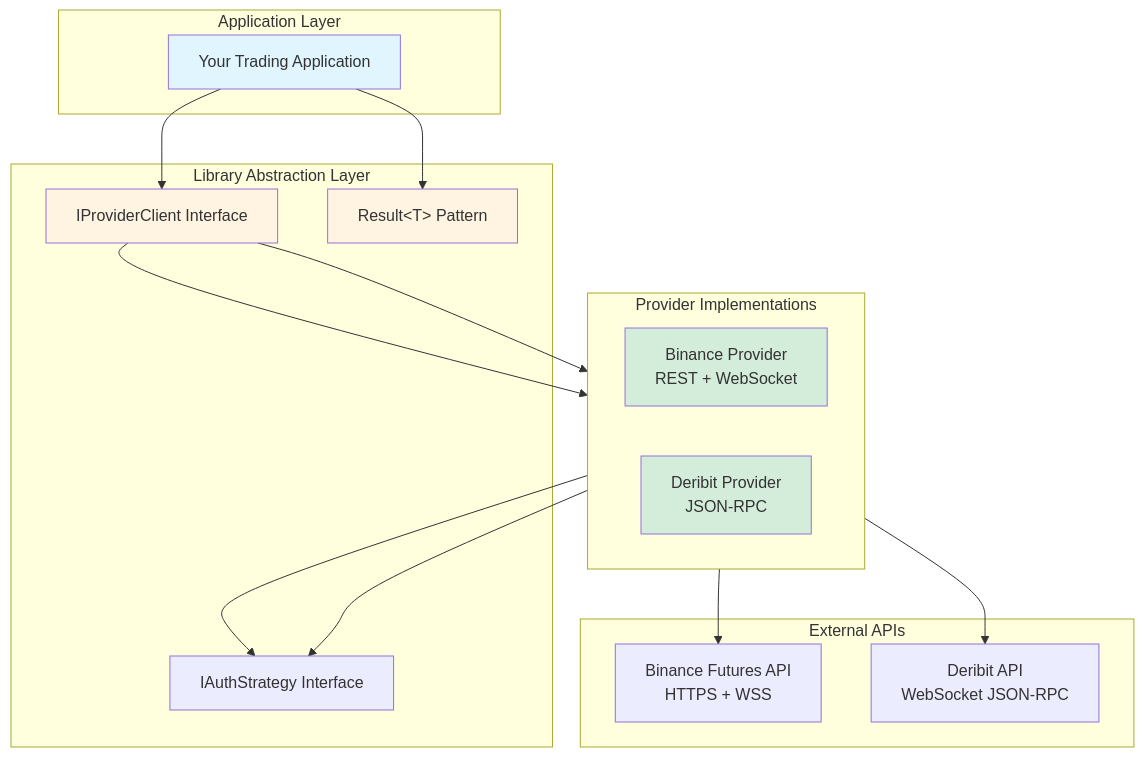
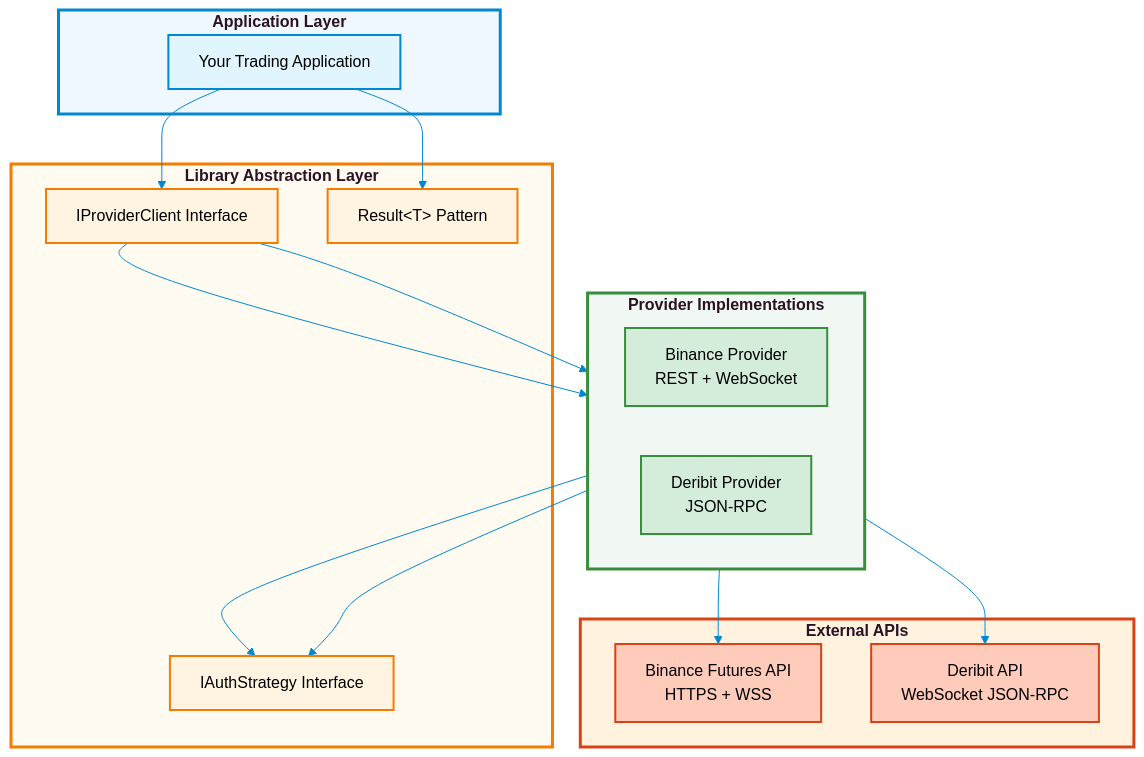
Before and after one commit to ArmandRicheletKleinberg/Ark.Alliance.Trading.Providers.Lib: the fourth of 10 diagrams in README.md, drawn with Mermaid. The commit also changed other lines of this file, not shown here.

First line of the commit message:
enhance: professional styling for main README mermaid diagrams

````diff
--- a/README.md
+++ b/README.md
@@ -381,38 +393,46 @@
 ```mermaid
+%%{init: {'theme':'base', 'themeVariables': { 'primaryColor':'#e1f5ff','primaryTextColor':'#000','primaryBorderColor':'#0288d1','lineColor':'#0288d1','secondaryColor':'#fff4e1','tertiaryColor':'#d4edda','noteBkgColor':'#fff9c4','noteTextColor':'#000'}}}%%
 graph TB
-    subgraph "Application Layer"
+    subgraph AppLayer["<b>Application Layer</b>"]
         App["Your Trading Application"]
     end
     
-    subgraph "Library Abstraction Layer"
+    subgraph LibLayer["<b>Library Abstraction Layer</b>"]
         IProvider["IProviderClient Interface"]
         Result["Result&lt;T&gt; Pattern"]
         IAuth["IAuthStrategy Interface"]
     end
     
-    subgraph "Provider Implementations"
+    subgraph ProviderImpl["<b>Provider Implementations</b>"]
         direction LR
         Binance["Binance Provider<br/>REST + WebSocket"]
         Deribit["Deribit Provider<br/>JSON-RPC"]
     end
     
-    subgraph "External APIs"
+    subgraph ExtAPIs["<b>External APIs</b>"]
         BinanceAPI["Binance Futures API<br/>HTTPS + WSS"]
         DeribitAPI["Deribit API<br/>WebSocket JSON-RPC"]
     end
     
     App --> IProvider
     App --> Result
     IProvider --> Binance
     IProvider --> Deribit
     Binance --> IAuth
     Deribit --> IAuth
     Binance --> BinanceAPI
     Deribit --> DeribitAPI
     
-    style App fill:#e1f5ff
-    style IProvider fill:#fff4e1
-    style Result fill:#fff4e1
-    style Binance fill:#d4edda
-    style Deribit fill:#d4edda
+    style App fill:#e1f5ff,stroke:#0288d1,stroke-width:2px,color:#000
+    style IProvider fill:#fff4e1,stroke:#f57c00,stroke-width:2px,color:#000
+    style Result fill:#fff4e1,stroke:#f57c00,stroke-width:2px,color:#000
+    style IAuth fill:#fff4e1,stroke:#f57c00,stroke-width:2px,color:#000
+    style Binance fill:#d4edda,stroke:#388e3c,stroke-width:2px,color:#000
+    style Deribit fill:#d4edda,stroke:#388e3c,stroke-width:2px,color:#000
+    style BinanceAPI fill:#ffccbc,stroke:#d84315,stroke-width:2px,color:#000
+    style DeribitAPI fill:#ffccbc,stroke:#d84315,stroke-width:2px,color:#000
+    style AppLayer fill:#f0f8ff,stroke:#0288d1,stroke-width:3px
+    style LibLayer fill:#fffbf0,stroke:#f57c00,stroke-width:3px
+    style ProviderImpl fill:#f1f8f4,stroke:#388e3c,stroke-width:3px
+    style ExtAPIs fill:#fff3e0,stroke:#d84315,stroke-width:3px
 ```
````
